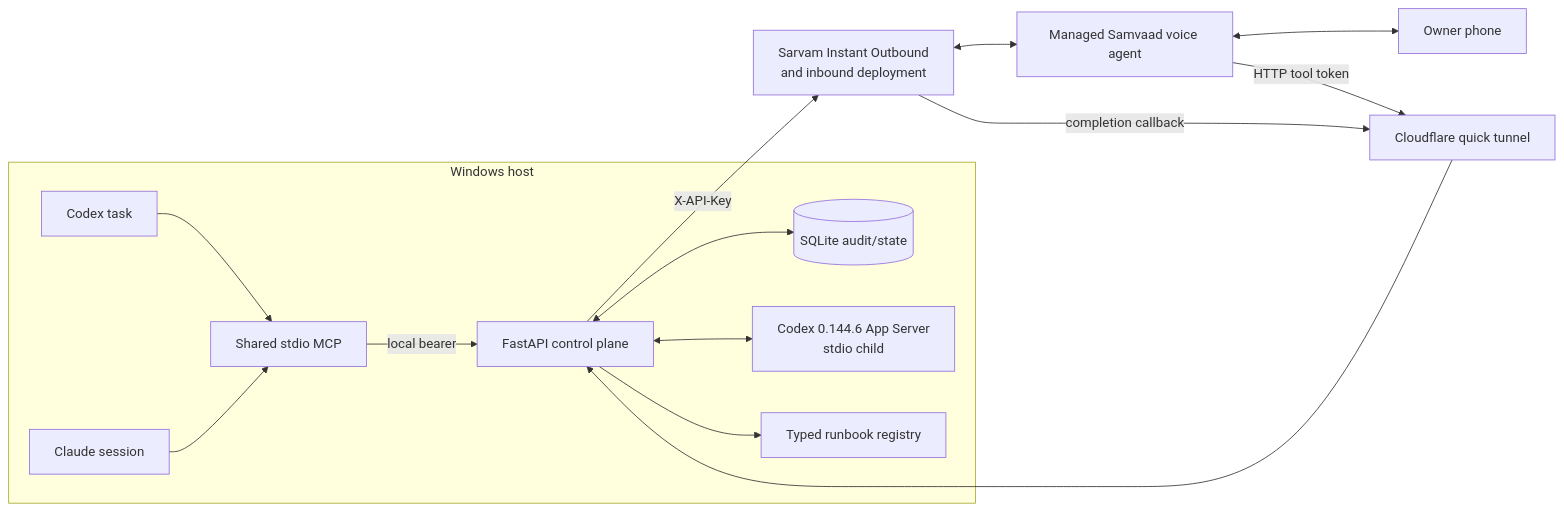
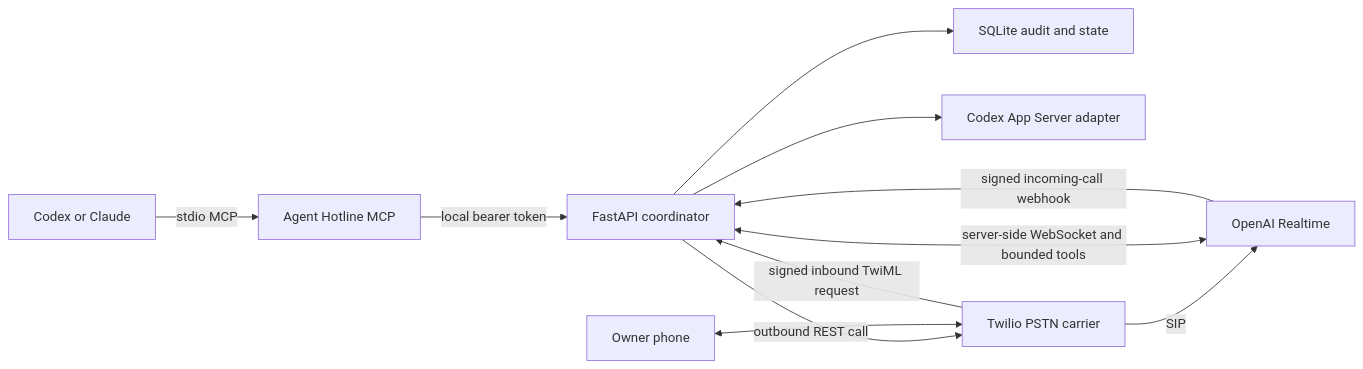
One commit to divyamagrawal06/just-call-sol changed the first of 2 diagrams in docs/ARCHITECTURE.md. Above: the diagram before and after it, drawn with Mermaid. The commit also changed other lines of this file and 23 other files, not shown here.

````diff
--- a/docs/ARCHITECTURE.md
+++ b/docs/ARCHITECTURE.md
@@ -9,30 +6,13 @@
 ```mermaid
 flowchart LR
-    subgraph Local["Windows host"]
-        Codex["Codex task"]
-        Claude["Claude session"]
-        MCP["Shared stdio MCP"]
-        Daemon["FastAPI control plane"]
-        Store[("SQLite audit/state")]
-        AppServer["Codex 0.144.6 App Server\nstdio child"]
-        Runbooks["Typed runbook registry"]
-    end
-
-    Tunnel["Cloudflare quick tunnel"]
-    Sarvam["Sarvam Instant Outbound\nand inbound deployment"]
-    Voice["Managed Samvaad voice agent"]
-    Owner["Owner phone"]
-
-    Codex --> MCP
-    Claude --> MCP
-    MCP -->|"local bearer"| Daemon
-    Daemon <--> Store
-    Daemon <--> AppServer
-    Daemon --> Runbooks
-    Daemon -->|"X-API-Key"| Sarvam
-    Sarvam <--> Voice
-    Voice <--> Owner
-    Voice -->|"HTTP tool token"| Tunnel
-    Sarvam -->|"completion callback"| Tunnel
-    Tunnel --> Daemon
+    A["Codex or Claude"] -->|stdio MCP| M["Agent Hotline MCP"]
+    M -->|local bearer token| D["FastAPI coordinator"]
+    D --> S["SQLite audit and state"]
+    D --> C["Codex App Server adapter"]
+    D -->|outbound REST call| T["Twilio PSTN carrier"]
+    T -->|SIP| O["OpenAI Realtime"]
+    P["Owner phone"] <--> T
+    O <-->|server-side WebSocket and bounded tools| D
+    T -->|signed inbound TwiML request| D
+    O -->|signed incoming-call webhook| D
 ```
````
